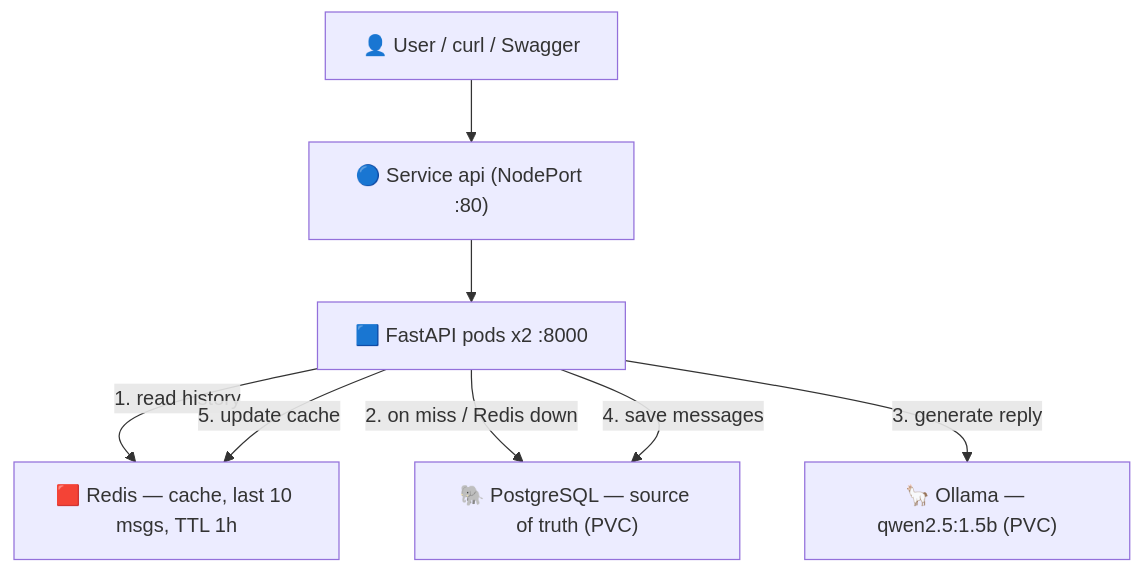
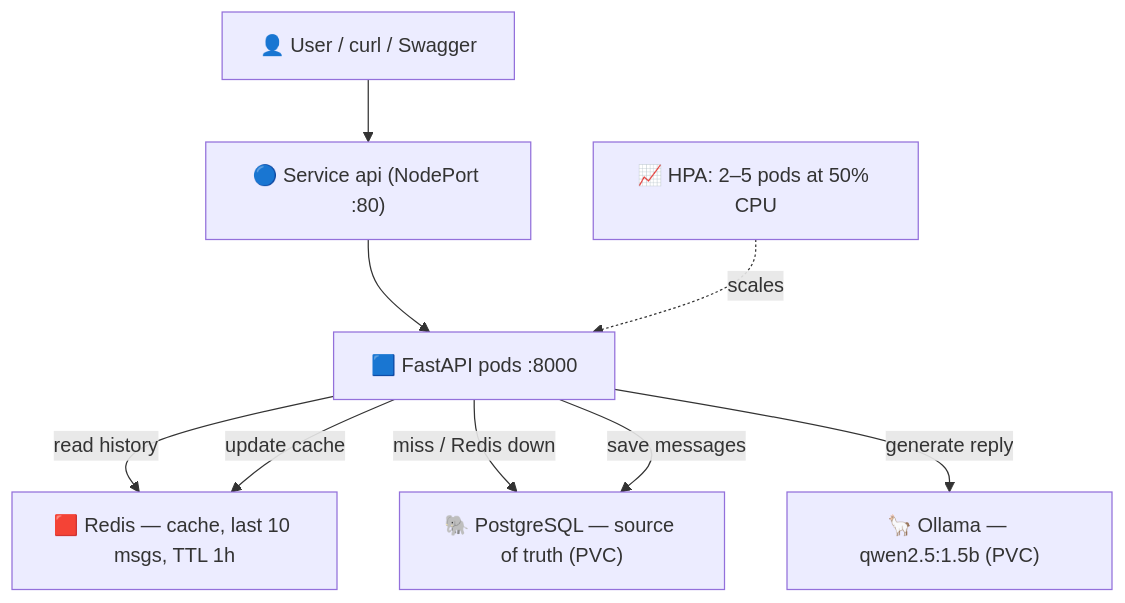
Before and after one commit to vijayrangvani/ai-chatbot-k8s: the second of 2 diagrams in README.md, drawn with Mermaid. The commit also changed other lines of this file, not shown here.

First line of the commit message:
docs: README in the standard template structure, HPA marked done

````diff
--- a/README.md
+++ b/README.md
@@ -84,16 +102,18 @@
 ```mermaid
 graph TD
     User["👤 User / curl / Swagger"]
     Svc["🔵 Service api (NodePort :80)"]
-    Api["🟦 FastAPI pods x2 :8000"]
+    HPA["📈 HPA: 2–5 pods at 50% CPU"]
+    Api["🟦 FastAPI pods :8000"]
     Redis["🟥 Redis — cache, last 10 msgs, TTL 1h"]
     PG["🐘 PostgreSQL — source of truth (PVC)"]
     Ollama["🦙 Ollama — qwen2.5:1.5b (PVC)"]
 
     User --> Svc --> Api
-    Api -->|1. read history| Redis
-    Api -->|2. on miss / Redis down| PG
-    Api -->|3. generate reply| Ollama
-    Api -->|4. save messages| PG
-    Api -->|5. update cache| Redis
+    HPA -.->|scales| Api
+    Api -->|read history| Redis
+    Api -->|miss / Redis down| PG
+    Api -->|generate reply| Ollama
+    Api -->|save messages| PG
+    Api -->|update cache| Redis
 ```
````
